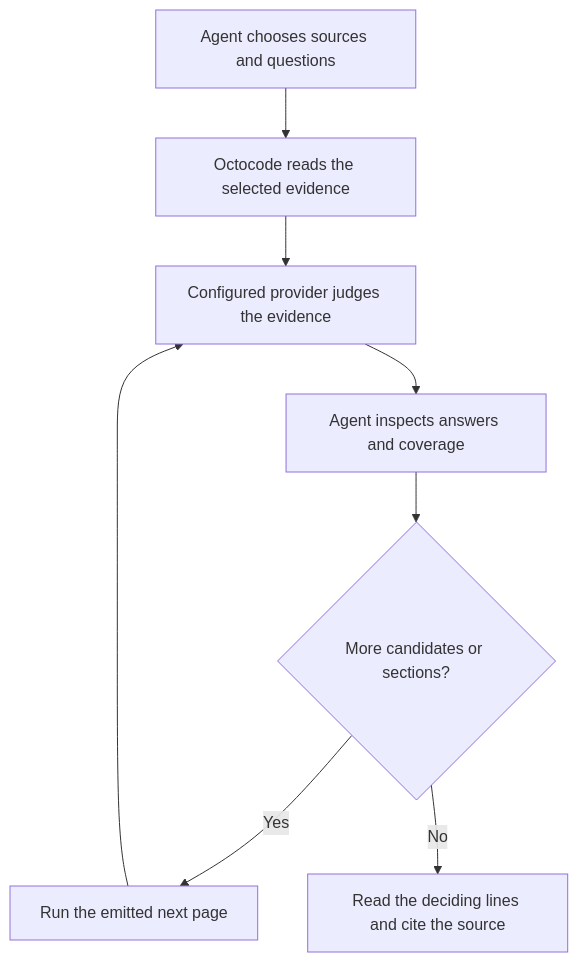
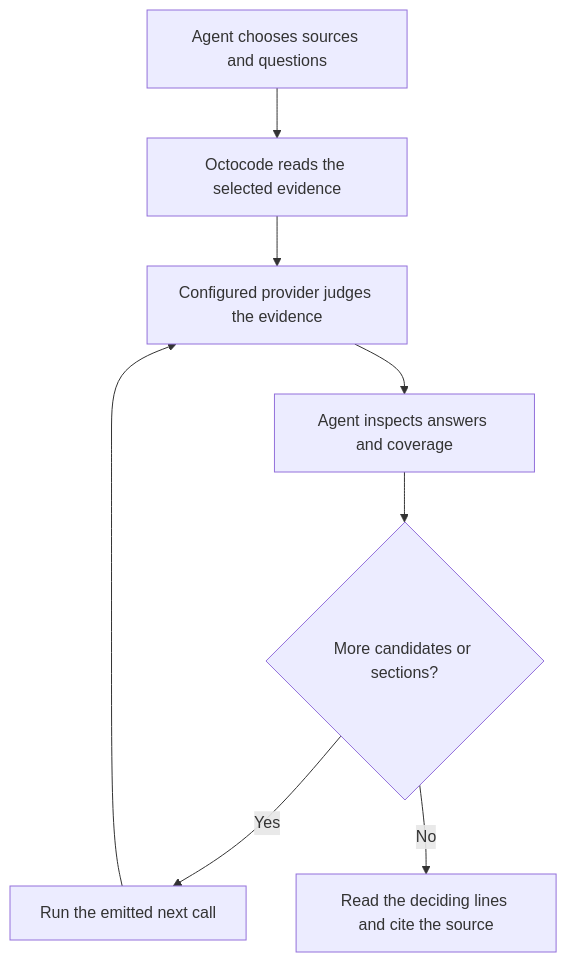
One commit to bgauryy/octocode changed the diagram in docs/OCTOCODE_CLASIFY.md. Above: the diagram before and after it, drawn with Mermaid. The commit also changed other lines of this file and 681 other files, not shown here.

````diff
--- a/docs/OCTOCODE_CLASIFY.md
+++ b/docs/OCTOCODE_CLASIFY.md
@@ -40,11 +46,11 @@
 ```mermaid
 flowchart TD
     accTitle: From a research question to source evidence
     accDescr: The agent selects a source. Octocode reads it under the applicable access rules and sends selected evidence and questions to the configured provider. The agent checks coverage, follows remaining pages, and reads the original lines.
     A["Agent chooses sources and questions"] --> O["Octocode reads the selected evidence"]
     O --> J["Configured provider judges the evidence"]
     J --> R["Agent inspects answers and coverage"]
     R --> P{"More candidates or sections?"}
-    P -->|Yes| N["Run the emitted next page"] --> J
+    P -->|Yes| N["Run the emitted next call"] --> J
     P -->|No| V["Read the deciding lines and cite the source"]
 ```
````
